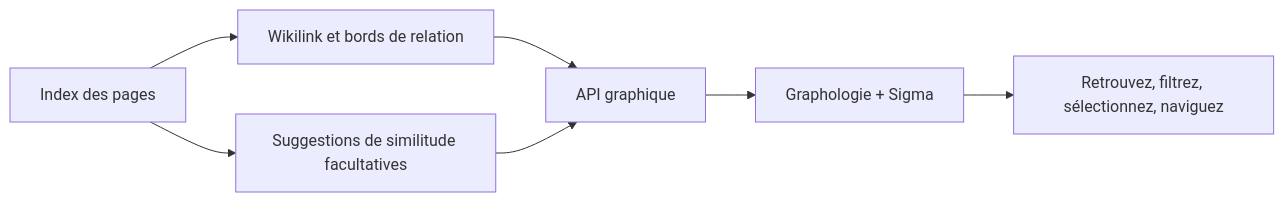
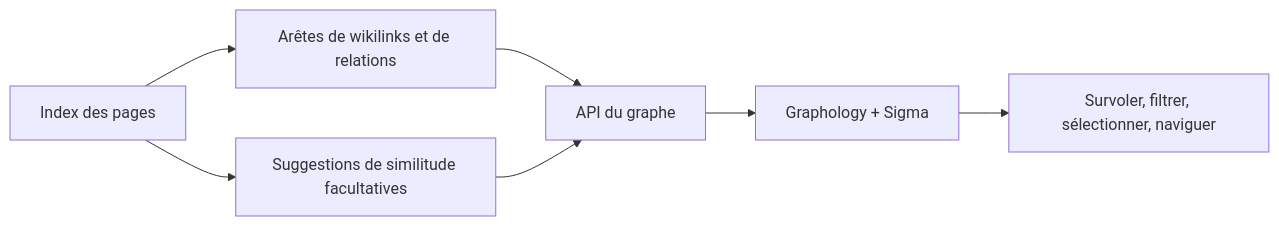
The diagram in docs/engineering-fr/domains/knowledge-graph.md (ismigar/Gnosi), drawn with Mermaid before and after one commit. The commit also changed other lines of this file and 96 other files, not shown here.

````diff
--- a/docs/engineering-fr/domains/knowledge-graph.md
+++ b/docs/engineering-fr/domains/knowledge-graph.md
@@ -62,9 +62,9 @@
 ```mermaid
 flowchart LR
-    Index["Index des pages"] --> Explicit["Wikilink et bords de relation"]
+    Index["Index des pages"] --> Explicit["Arêtes de wikilinks et de relations"]
     Index --> Semantic["Suggestions de similitude facultatives"]
-    Explicit --> API["API graphique"]
+    Explicit --> API["API du graphe"]
     Semantic --> API
-    API --> Sigma["Graphologie + Sigma"]
-    Sigma --> Interaction["Retrouvez, filtrez, sélectionnez, naviguez"]
+    API --> Sigma["Graphology + Sigma"]
+    Sigma --> Interaction["Survoler, filtrer, sélectionner, naviguer"]
 ```
````
